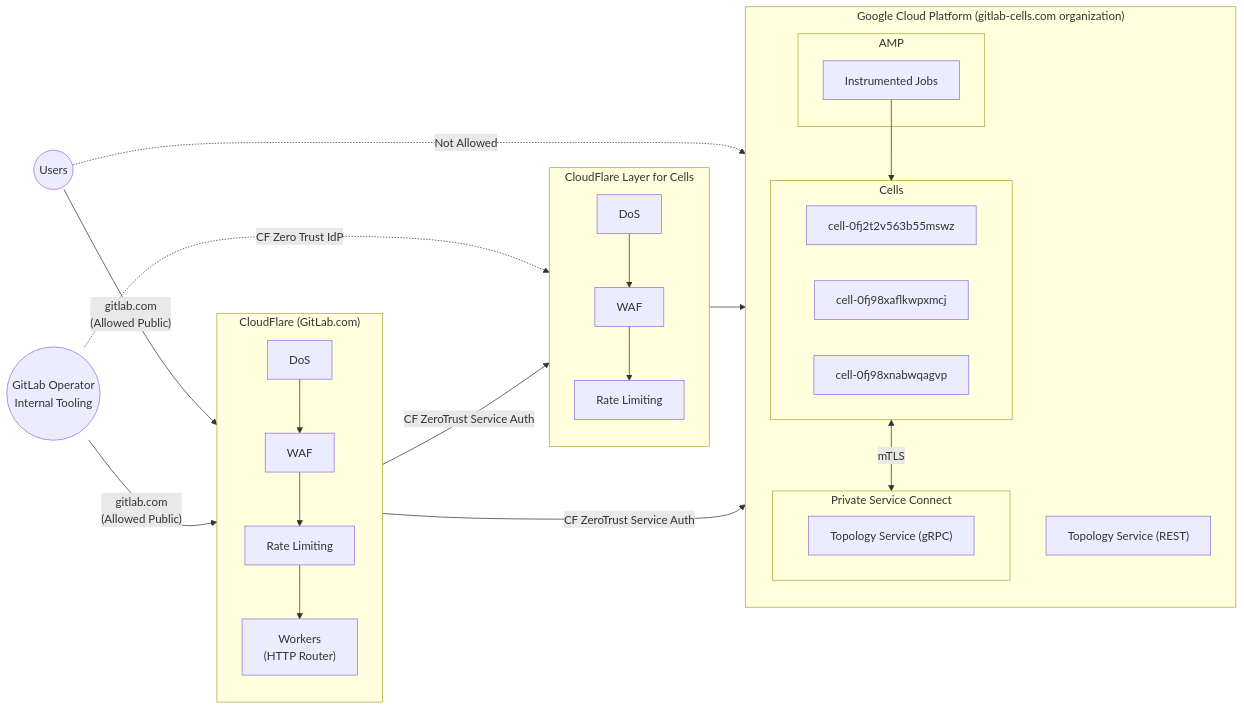
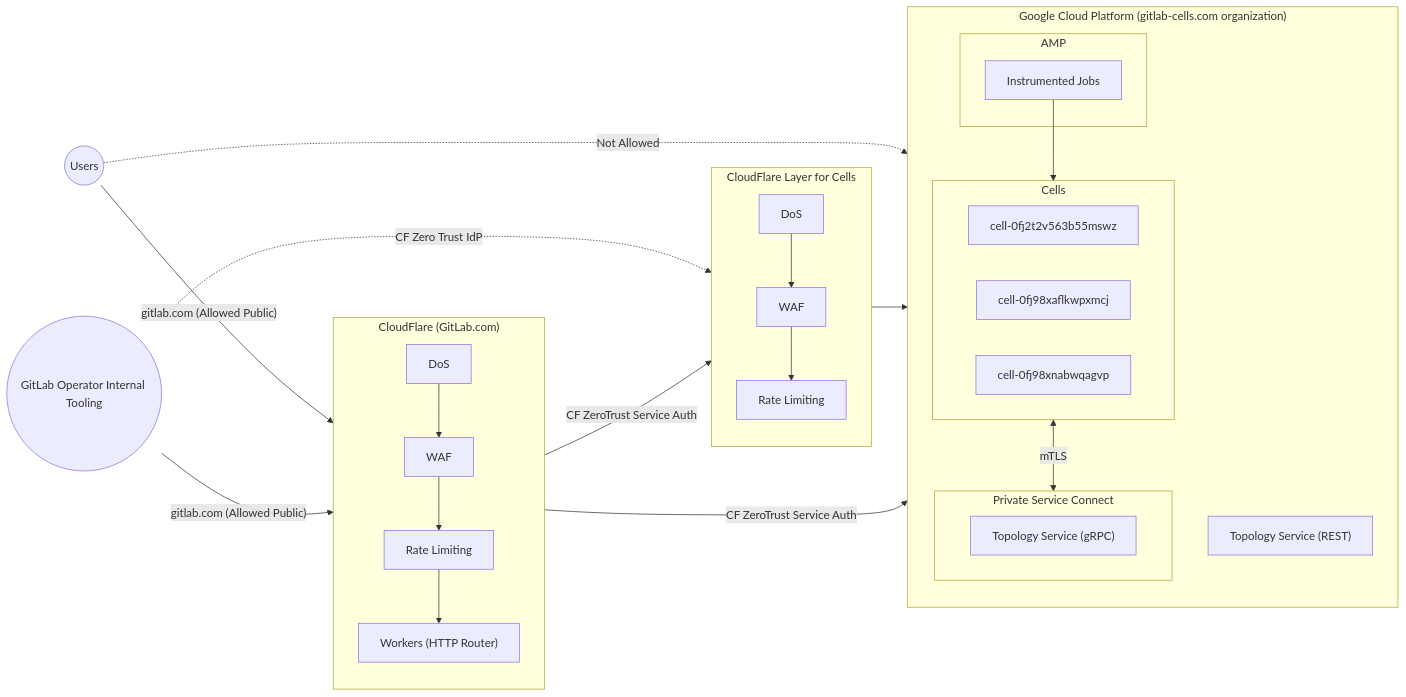
Before and after one commit to zalyoung/gitlab-handbook: the diagram in content/handbook/engineering/architecture/design-documents/cells/infrastructure/networking.md, drawn with Mermaid. The commit also changed other lines of this file, not shown here.

Commit message:
chore: remove the \n from the mermaid diagram

````diff
--- a/content/handbook/engineering/architecture/design-documents/cells/infrastructure/networking.md
+++ b/content/handbook/engineering/architecture/design-documents/cells/infrastructure/networking.md
@@ -34,74 +34,74 @@
 ```mermaid
 flowchart LR
     %% Define main entities
     Users((Users))
-    GitLabOps(("GitLab Operator\nInternal Tooling"))
+    GitLabOps(("GitLab Operator Internal Tooling"))
 
     %% CloudFlare section with components in vertical flow
     subgraph CloudFlare["CloudFlare (GitLab.com)"]
         direction TB
         DoS["DoS"]
         WAF["WAF"]
         RateLimiting["Rate Limiting"]
-        Workers["Workers\n(HTTP Router)"]
+        Workers["Workers (HTTP Router)"]
 
         DoS --> WAF --> RateLimiting --> Workers
     end
 
     %% Google Cloud Platform section
     subgraph GCP["Google Cloud Platform (gitlab-cells.com organization)"]
         direction TB
         subgraph AMPSection["AMP"]
             Jobs["Instrumented Jobs"]
         end
 
         %% Cells in a horizontal line
         subgraph Cells
             direction LR
             Cell1["cell-0fj2t2v563b55mswz"]
             Cell2["cell-0fj98xaflkwpxmcj"]
             Cell3["cell-0fj98xnabwqagvp"]
         end
 
         subgraph PSCSection["Private Service Connect"]
             TopologyGRPC["Topology Service (gRPC)"]
         end
 
         TopologyREST["Topology Service (REST)"]
 
         %% Connect Jobs to cells more cleanly
         Jobs --> Cells
     end
 
     %% Add CloudFlare layer for cell communication
     subgraph CellCloudFlare["CloudFlare Layer for Cells"]
         direction TB
         CellDoS["DoS"]
         CellWAF["WAF"]
         CellRateLimiting["Rate Limiting"]
 
         CellDoS --> CellWAF --> CellRateLimiting
     end
 
     %% Connect users and operators to CloudFlare
-    Users -->|"gitlab.com\n(Allowed Public)"| CloudFlare
-    GitLabOps -->|"gitlab.com\n(Allowed Public)"| CloudFlare
+    Users -->|"gitlab.com (Allowed Public)"| CloudFlare
+    GitLabOps -->|"gitlab.com (Allowed Public)"| CloudFlare
 
     %% Direct IDP connection from GitLab Operator to a cell via CloudFlare layer
     GitLabOps -.->|"CF Zero Trust IdP"| CellCloudFlare
 
     %% Connect workers to CloudFlare layer for cells, then to cells
     Workers -->|"CF ZeroTrust Service Auth"| CellCloudFlare
     CellCloudFlare --> Cells
 
     %% Connect workers to topology
     Workers -->|"CF ZeroTrust Service Auth"| TopologyREST
 
     %% Connect cells to Private Service Connect with mTLS
     Cells <-->|"mTLS"| PSCSection
 
     %% Not allowed connection
     Users -.->|"Not Allowed"| Cell1
 
     %% No styling for cells
 ```
````
